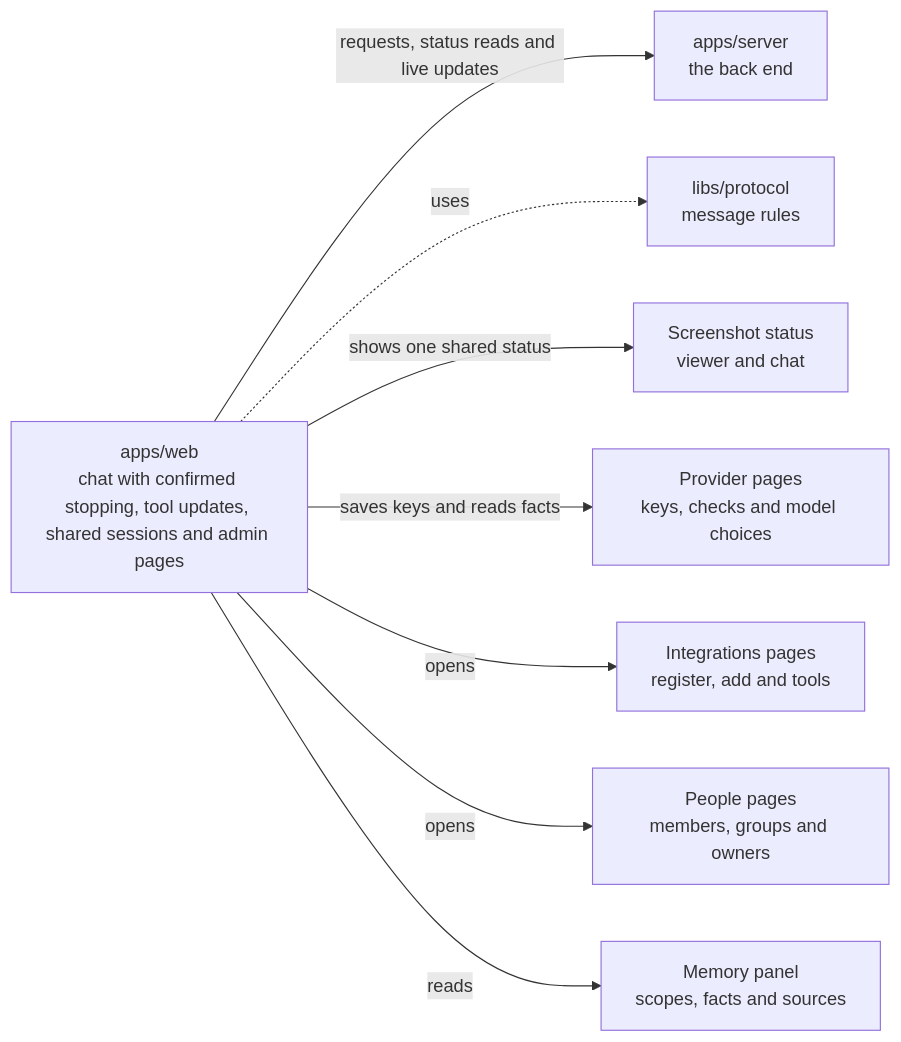
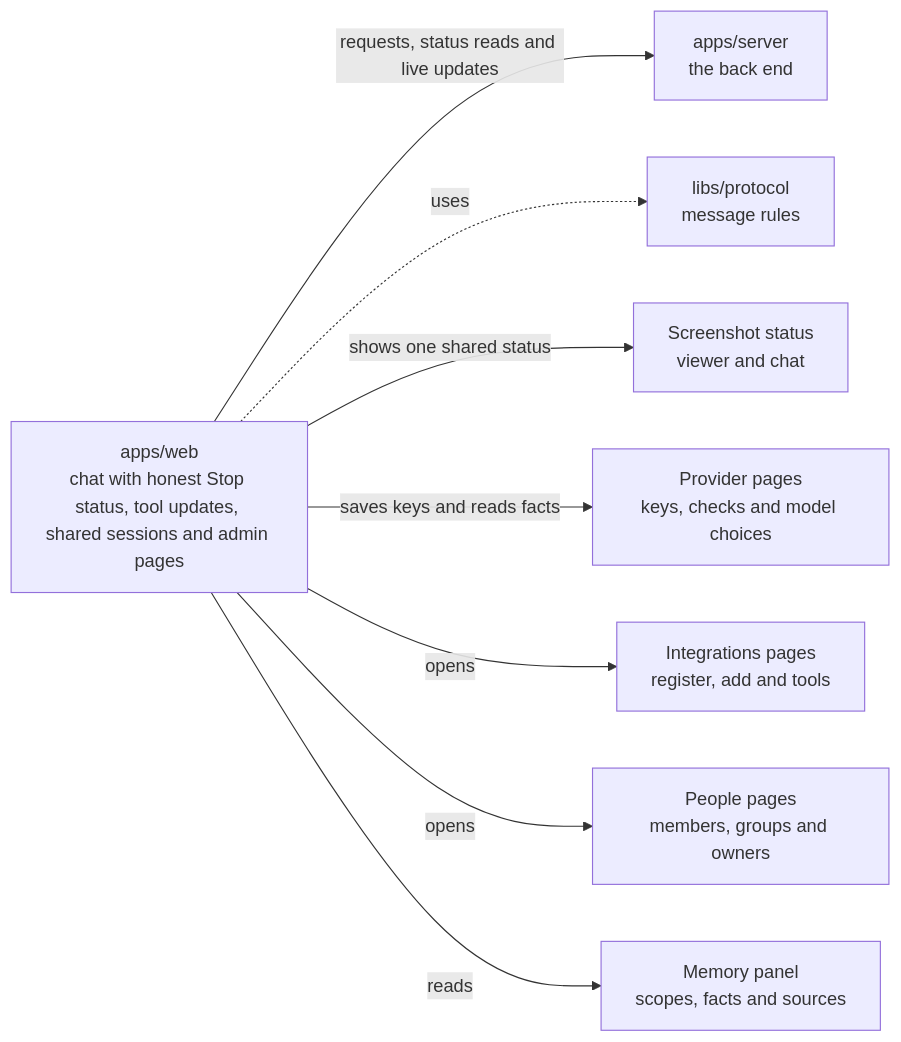
Before and after one commit to elewa-git/opencrane-new: the diagram in apps/web/README.md, drawn with Mermaid. The commit also changed other lines of this file and 64 other files, not shown here.

Commit message:
🛠 Keep Stop and replay status truthful.

````diff
--- a/apps/web/README.md
+++ b/apps/web/README.md
@@ -11,10 +11,10 @@
 ```mermaid
 flowchart LR
-  web["apps/web<br/>chat with confirmed stopping, tool updates, shared sessions and admin pages"] -->|requests, status reads and live updates| server["apps/server<br/>the back end"]
+  web["apps/web<br/>chat with honest Stop status, tool updates, shared sessions and admin pages"] -->|requests, status reads and live updates| server["apps/server<br/>the back end"]
   web -.->|uses| protocol["libs/protocol<br/>message rules"]
   web -->|shows one shared status| capture["Screenshot status<br/>viewer and chat"]
   web -->|saves keys and reads facts| providers["Provider pages<br/>keys, checks and model choices"]
   web -->|opens| integrations["Integrations pages<br/>register, add and tools"]
   web -->|opens| people["People pages<br/>members, groups and owners"]
   web -->|reads| memory["Memory panel<br/>scopes, facts and sources"]
 ```
````
